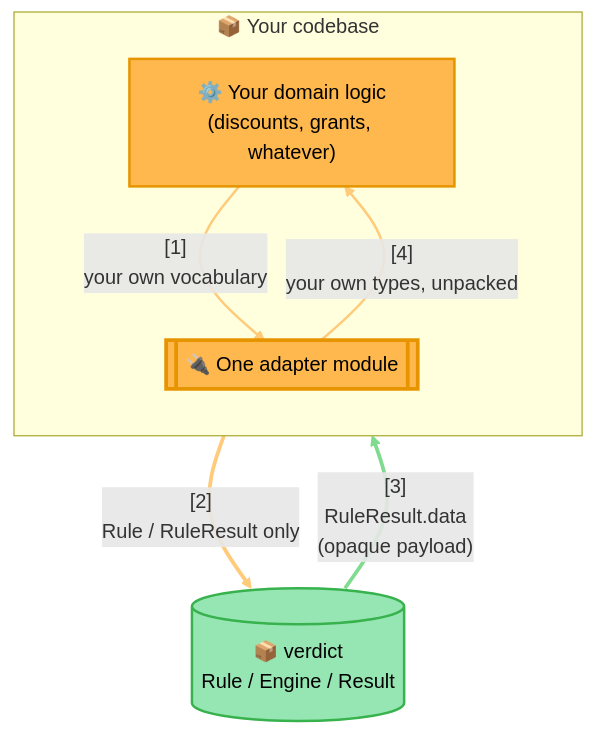
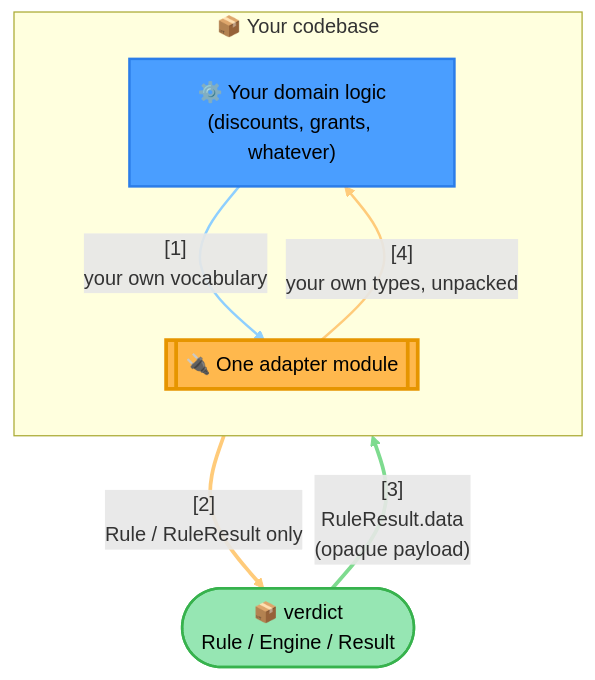
The diagram in docs/extending/domain-adapter-module/README.md (pawan-vyas/verdict-rules), drawn with Mermaid before and after one commit. The commit also changed other lines of this file and 1 other file, not shown here.

````diff
--- a/docs/extending/domain-adapter-module/README.md
+++ b/docs/extending/domain-adapter-module/README.md
@@ -29,32 +25,32 @@
 ```mermaid
 graph TB
     subgraph YourCode["📦 Your codebase"]
         direction TB
         Domain["⚙️ Your domain logic<br/>(discounts, grants, whatever)"]
         Adapter[["🔌 One adapter module"]]
     end
-    Verdict[("📦 verdict<br/>Rule / Engine / Result")]
+    Verdict(["📦 verdict<br/>Rule / Engine / Result"])
 
     %% Link 0: Domain -> Adapter
     Domain -->|"[1]<br/>your own vocabulary"| Adapter
     %% Link 1: Adapter -> Verdict
     Adapter -->|"[2]<br/>Rule / RuleResult only"| Verdict
     %% Link 2: Verdict -> Adapter
     Verdict -->|"[3]<br/>RuleResult.data<br/>(opaque payload)"| Adapter
     %% Link 3: Adapter -> Domain
     Adapter -->|"[4]<br/>your own types, unpacked"| Domain
 
-    style Domain fill:#FFB84D,stroke:#E69500,stroke-width:2px,color:#000
+    style Domain fill:#4A9EFF,stroke:#2B7DE9,stroke-width:2px,color:#000
     style Adapter fill:#FFB84D,stroke:#E69500,stroke-width:3px,color:#000
     style Verdict fill:#96E6B3,stroke:#37B24D,stroke-width:2px,color:#000
 
     %% Link Index:
     %% 0: domain logic hands its own facts to the adapter
     %% 1: the adapter builds Rule objects, the only place verdict is imported
     %% 2: verdict hands back RuleResult, whose .data is an opaque payload
     %% 3: the adapter unpacks that payload back into your own domain types
-    linkStyle 0 stroke:#FFCB7A,stroke-width:2px
+    linkStyle 0 stroke:#8ECFFF,stroke-width:2px
     linkStyle 1 stroke:#FFCB7A,stroke-width:3px
     linkStyle 2 stroke:#7EDB8F,stroke-width:3px
     linkStyle 3 stroke:#FFCB7A,stroke-width:2px
 ```
````
